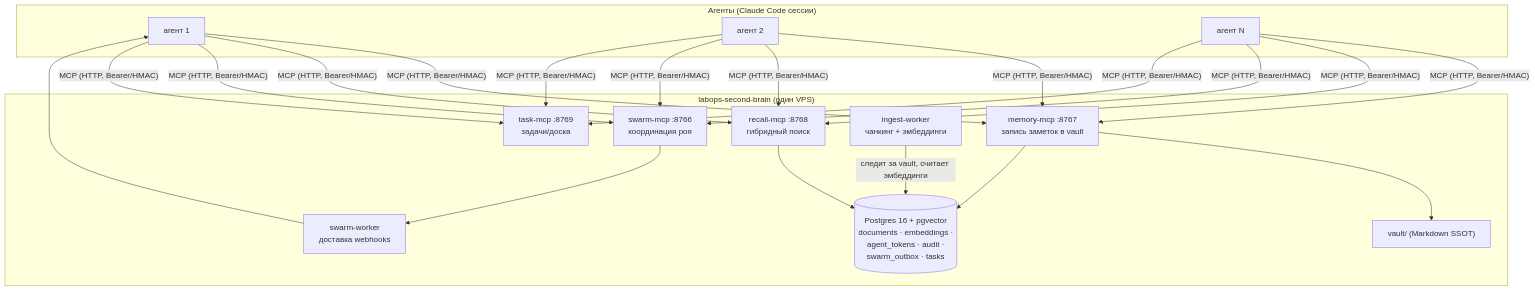
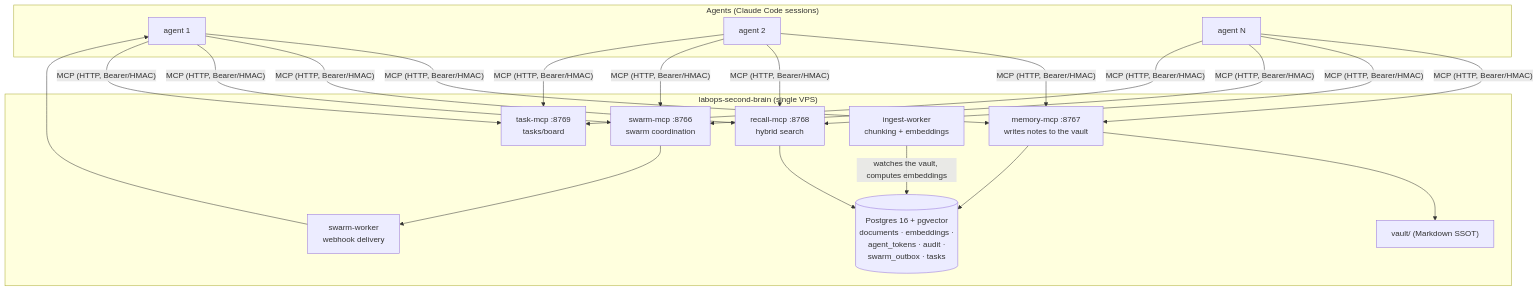
Before and after one commit to dediukhinpa/labops-second-brain: the second of 2 diagrams in README.md, drawn with Mermaid. The commit also changed other lines of this file and 1 other file, not shown here.

````diff
--- a/README.md
+++ b/README.md
@@ -101,24 +118,24 @@
 ```mermaid
 flowchart TB
-    subgraph agents["Агенты (Claude Code сессии)"]
-        A1["агент 1"]; A2["агент 2"]; A3["агент N"]
+    subgraph agents["Agents (Claude Code sessions)"]
+        A1["agent 1"]; A2["agent 2"]; A3["agent N"]
     end
 
-    subgraph brain["labops-second-brain (один VPS)"]
-        MEM["memory-mcp :8767<br/>запись заметок в vault"]
-        REC["recall-mcp :8768<br/>гибридный поиск"]
-        SW["swarm-mcp :8766<br/>координация роя"]
-        TASK["task-mcp :8769<br/>задачи/доска"]
-        IW["ingest-worker<br/>чанкинг + эмбеддинги"]
-        SWW["swarm-worker<br/>доставка webhooks"]
+    subgraph brain["labops-second-brain (single VPS)"]
+        MEM["memory-mcp :8767<br/>writes notes to the vault"]
+        REC["recall-mcp :8768<br/>hybrid search"]
+        SW["swarm-mcp :8766<br/>swarm coordination"]
+        TASK["task-mcp :8769<br/>tasks/board"]
+        IW["ingest-worker<br/>chunking + embeddings"]
+        SWW["swarm-worker<br/>webhook delivery"]
         PG[("Postgres 16 + pgvector<br/>documents · embeddings ·<br/>agent_tokens · audit ·<br/>swarm_outbox · tasks")]
         VAULT["vault/ (Markdown SSOT)"]
     end
 
     A1 & A2 & A3 -- "MCP (HTTP, Bearer/HMAC)" --> MEM & REC & SW & TASK
     MEM --> VAULT
     MEM --> PG
-    IW -- "следит за vault, считает эмбеддинги" --> PG
+    IW -- "watches the vault, computes embeddings" --> PG
     REC --> PG
     SW --> SWW --> A1
 ```
````
